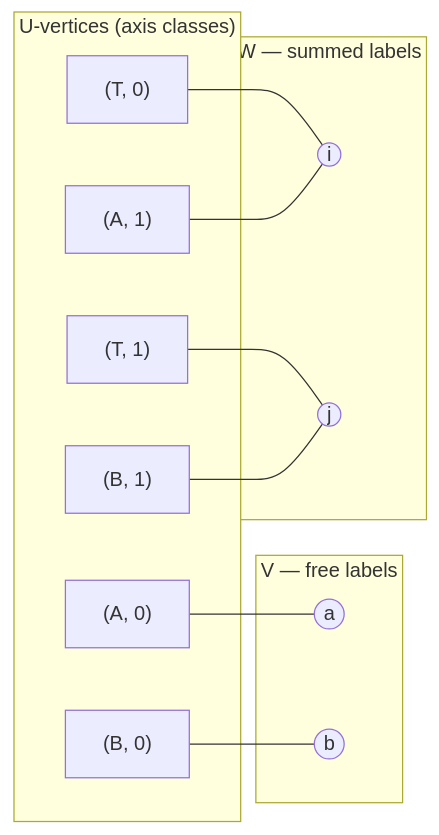
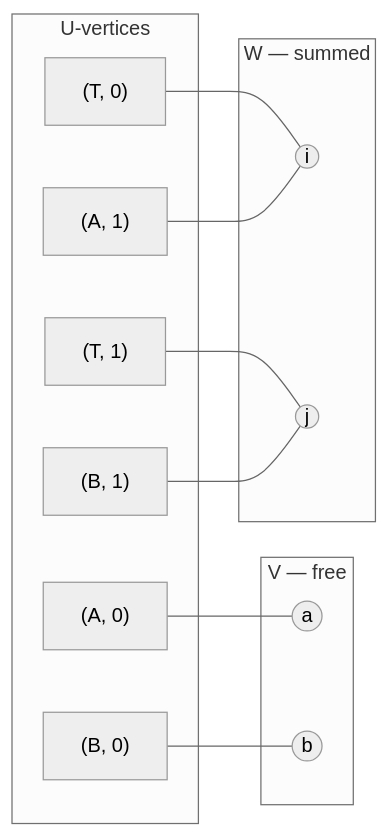
One commit to AIcrowd/whest changed the first of 3 diagrams in docs/explanation/subgraph-symmetry.md. Above: the diagram before and after it, drawn with Mermaid. The commit also changed other lines of this file, not shown here.

First line of the commit message:
docs: fix mermaid diagrams and remove deleted-code section

````diff
--- a/docs/explanation/subgraph-symmetry.md
+++ b/docs/explanation/subgraph-symmetry.md
@@ -75,28 +75,22 @@
 ```mermaid
-graph LR
-    subgraph U ["U-vertices (axis classes)"]
-        T0["(T, 0)"]
-        T1["(T, 1)"]
-        A0["(A, 0)"]
-        A1["(A, 1)"]
-        B0["(B, 0)"]
-        B1["(B, 1)"]
+%%{init: {'theme': 'neutral'}}%%
+flowchart LR
+    T0["(T, 0)"] --- i((i))
+    T1["(T, 1)"] --- j((j))
+    A0["(A, 0)"] --- a((a))
+    A1["(A, 1)"] --- i
+    B0["(B, 0)"] --- b((b))
+    B1["(B, 1)"] --- j
+
+    subgraph U [U-vertices]
+        T0; T1; A0; A1; B0; B1
     end
 
-    subgraph V ["V — free labels"]
-        a((a))
-        b((b))
+    subgraph V [V — free]
+        a; b
     end
 
-    subgraph W ["W — summed labels"]
-        i((i))
-        j((j))
+    subgraph W [W — summed]
+        i; j
     end
-
-    T0 --- i
-    T1 --- j
-    A0 --- a
-    A1 --- i
-    B0 --- b
-    B1 --- j
 ```
````
